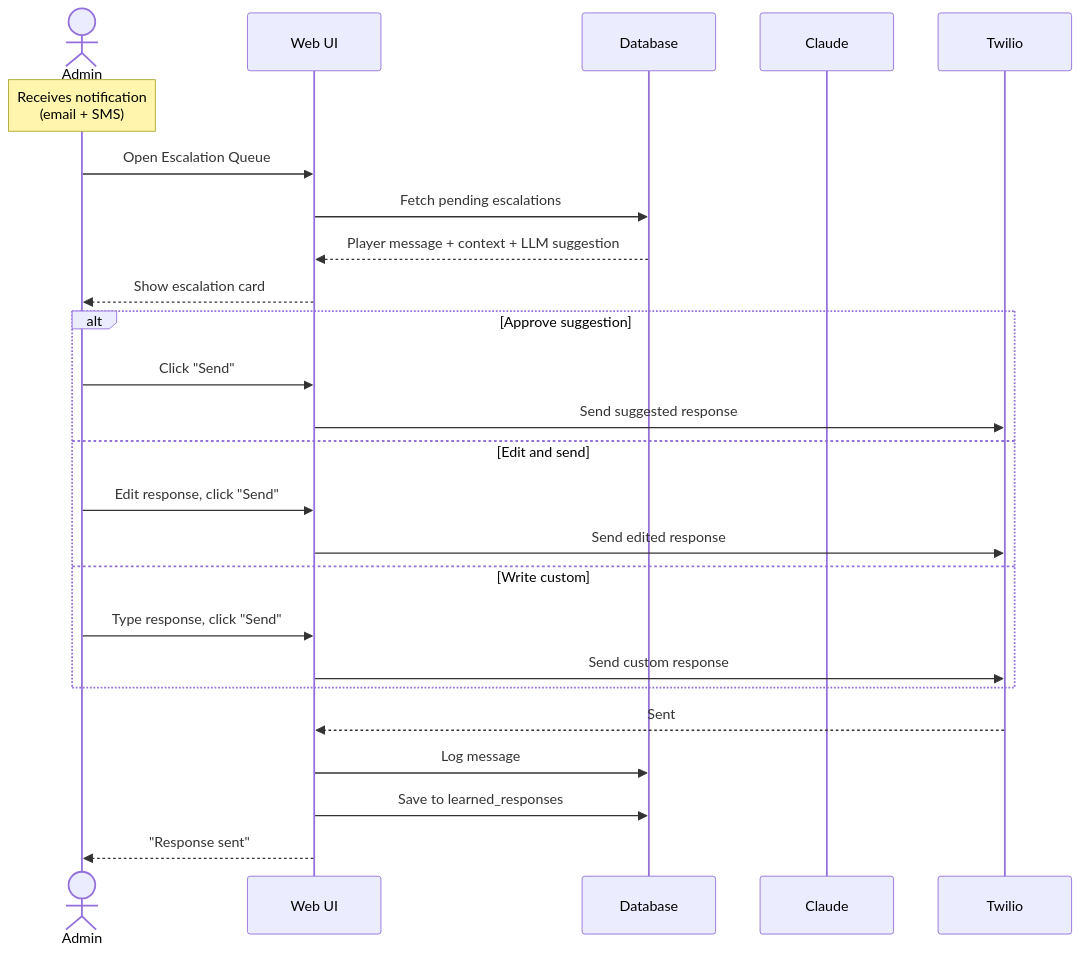
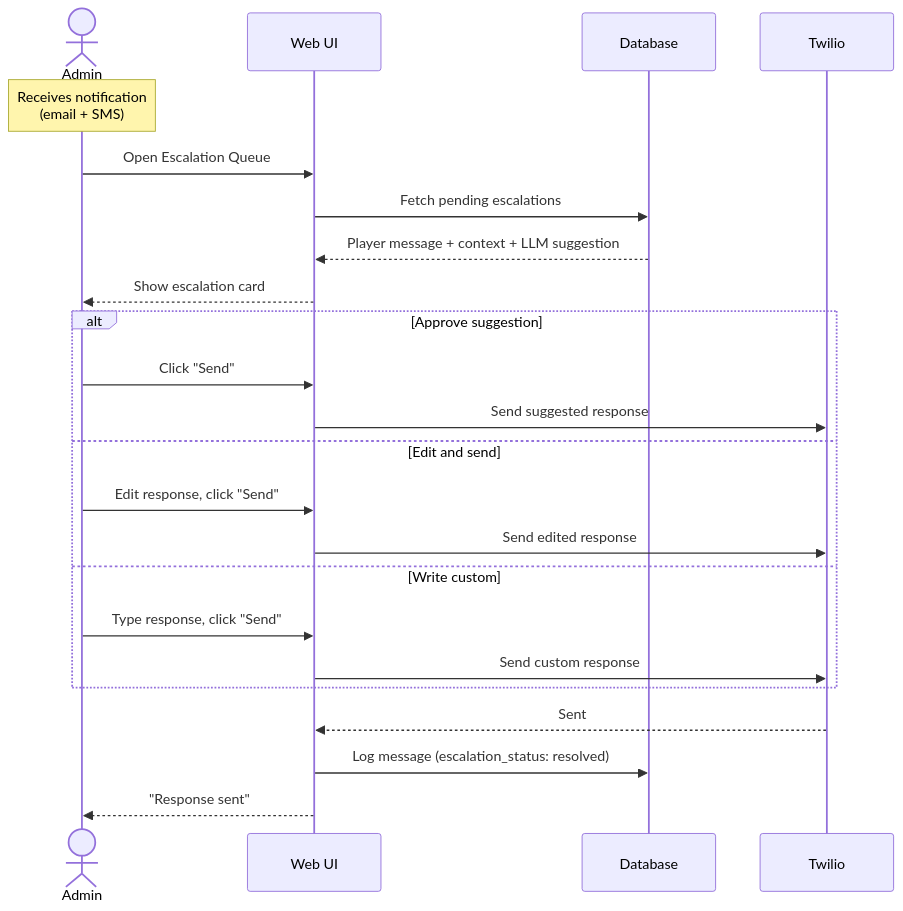
One commit to jondahl/pokerbot changed the sixth of 24 diagrams in TECHNICAL_SPEC.md. Above: the diagram before and after it, drawn with Mermaid. The commit also changed other lines of this file and 92 other files, not shown here.

````diff
--- a/TECHNICAL_SPEC.md
+++ b/TECHNICAL_SPEC.md
@@ -362,31 +368,29 @@
 ```mermaid
 sequenceDiagram
     actor Admin
     participant UI as Web UI
     participant DB as Database
-    participant LLM as Claude
     participant SMS as Twilio
 
     Note over Admin: Receives notification<br/>(email + SMS)
 
     Admin->>UI: Open Escalation Queue
     UI->>DB: Fetch pending escalations
     DB-->>UI: Player message + context + LLM suggestion
     UI-->>Admin: Show escalation card
 
     alt Approve suggestion
         Admin->>UI: Click "Send"
         UI->>SMS: Send suggested response
     else Edit and send
         Admin->>UI: Edit response, click "Send"
         UI->>SMS: Send edited response
     else Write custom
         Admin->>UI: Type response, click "Send"
         UI->>SMS: Send custom response
     end
 
     SMS-->>UI: Sent
-    UI->>DB: Log message
-    UI->>DB: Save to learned_responses
+    UI->>DB: Log message (escalation_status: resolved)
     UI-->>Admin: "Response sent"
 ```
````
